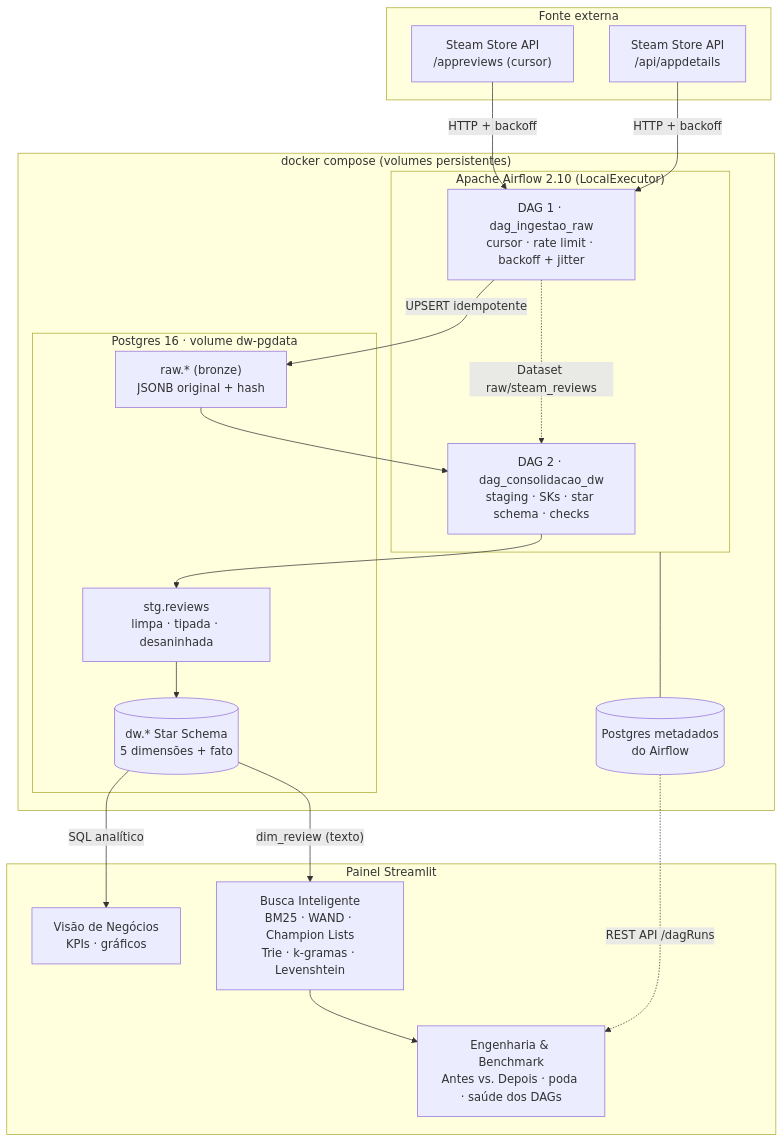
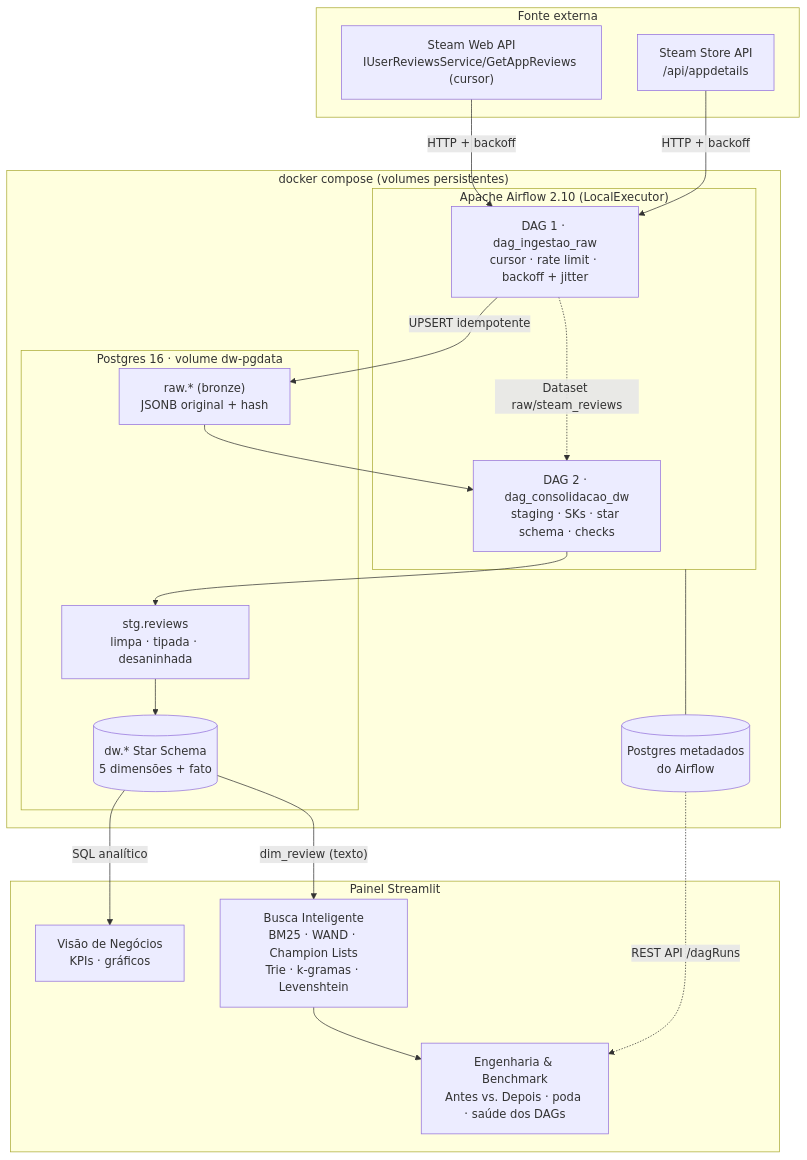
The first of 3 diagrams in docs/arquitetura.md (jgleao/projeto-t2-fucape), drawn with Mermaid before and after one commit. The commit also changed other lines of this file and 12 other files, not shown here.

First line of the commit message:
Migra para IUserReviewsService/GetAppReviews e publica resultados com dados reais

````diff
--- a/docs/arquitetura.md
+++ b/docs/arquitetura.md
@@ -5,38 +5,38 @@
 ```mermaid
 flowchart TD
     subgraph S1["Fonte externa"]
-        API1["Steam Store API<br>/appreviews (cursor)"]
+        API1["Steam Web API<br>IUserReviewsService/GetAppReviews (cursor)"]
         API2["Steam Store API<br>/api/appdetails"]
     end
 
     subgraph S2["docker compose (volumes persistentes)"]
         subgraph AF["Apache Airflow 2.10 (LocalExecutor)"]
             D1["DAG 1 · dag_ingestao_raw<br>cursor · rate limit · backoff + jitter"]
             D2["DAG 2 · dag_consolidacao_dw<br>staging · SKs · star schema · checks"]
         end
         subgraph PG["Postgres 16 · volume dw-pgdata"]
             RAW["raw.* (bronze)<br>JSONB original + hash"]
             STG["stg.reviews<br>limpa · tipada · desaninhada"]
             DW[("dw.* Star Schema<br>5 dimensões + fato")]
         end
         META[("Postgres metadados<br>do Airflow")]
     end
 
     subgraph S3["Painel Streamlit"]
         UI["Visão de Negócios<br>KPIs · gráficos"]
         ENG["Busca Inteligente<br>BM25 · WAND · Champion Lists<br>Trie · k-gramas · Levenshtein"]
         BEN["Engenharia & Benchmark<br>Antes vs. Depois · poda · saúde dos DAGs"]
     end
 
     API1 -->|"HTTP + backoff"| D1
     API2 -->|"HTTP + backoff"| D1
     D1 -->|"UPSERT idempotente"| RAW
     D1 -.->|"Dataset raw/steam_reviews"| D2
     RAW --> D2
     D2 --> STG --> DW
     AF --- META
     DW -->|"SQL analítico"| UI
     DW -->|"dim_review (texto)"| ENG
     ENG --> BEN
     META -.->|"REST API /dagRuns"| BEN
 ```
````
